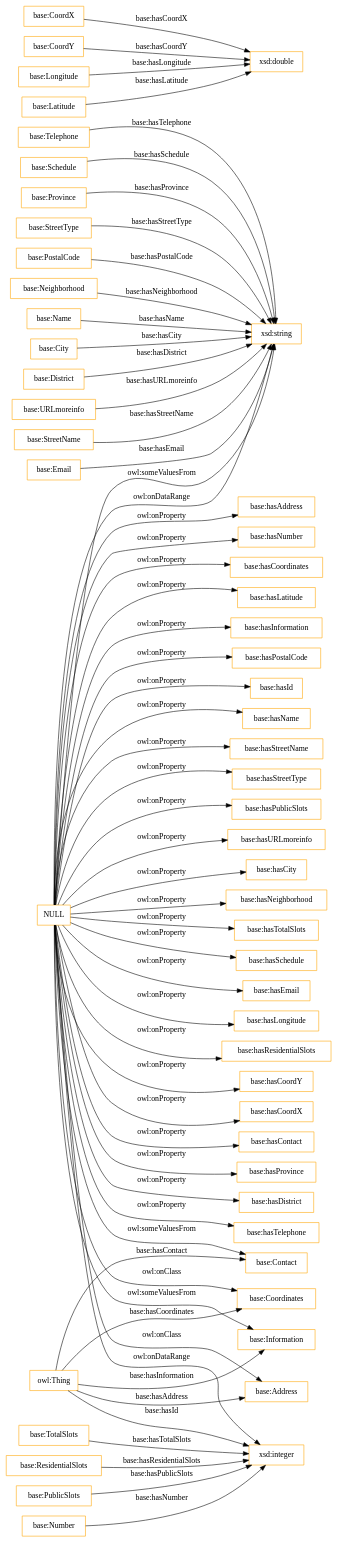
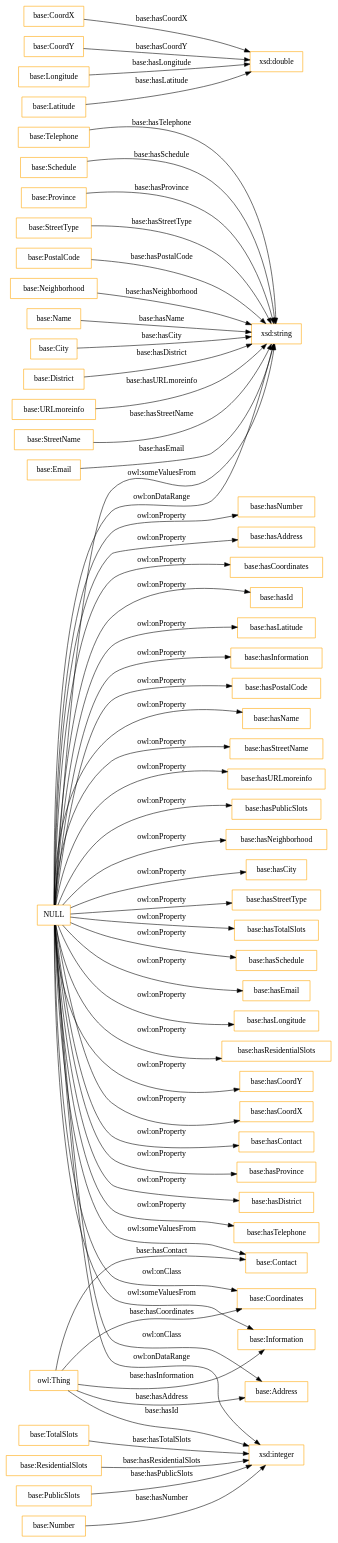
One commit to adrix1341/Curso2020-2021 changed the diagram in OnToology/HandsOn/Group02/ontology/ontology.ttl/diagrams/ar2dtool-class/ontology.ttl.png.dot. Above: the diagram before and after it, drawn with Graphviz. The commit also changed other lines of this file and 2 other files, not shown here.

```diff
--- a/OnToology/HandsOn/Group02/ontology/ontology.ttl/diagrams/ar2dtool-class/ontology.ttl.png.dot
+++ b/OnToology/HandsOn/Group02/ontology/ontology.ttl/diagrams/ar2dtool-class/ontology.ttl.png.dot
@@ -1,63 +1,63 @@
 digraph ar2dtool_diagram { 
 rankdir=LR;
 size="1501"
 node [shape = rectangle, color="orange"]; "base:Telephone" "base:Schedule" "base:Province" "base:StreetType" "base:CoordX" "base:PostalCode" "base:Contact" "base:Neighborhood" "base:Name" "base:City" "base:District" "base:CoordY" "base:TotalSlots" "base:URLmoreinfo" "base:Address" "base:ResidentialSlots" "base:StreetName" "base:PublicSlots" "base:Coordinates" "base:Email" "base:Number" "base:Longitude" "base:Information" "base:Latitude" ; /*classes style*/
 	"NULL" -> "base:hasResidentialSlots" [ label = "owl:onProperty" ];
 	"NULL" -> "base:hasCoordY" [ label = "owl:onProperty" ];
 	"NULL" -> "xsd:string" [ label = "owl:someValuesFrom" ];
 	"NULL" -> "base:hasCoordX" [ label = "owl:onProperty" ];
 	"NULL" -> "base:hasContact" [ label = "owl:onProperty" ];
 	"NULL" -> "base:hasProvince" [ label = "owl:onProperty" ];
 	"NULL" -> "xsd:integer" [ label = "owl:onDataRange" ];
 	"NULL" -> "base:hasDistrict" [ label = "owl:onProperty" ];
 	"NULL" -> "base:hasTelephone" [ label = "owl:onProperty" ];
 	"NULL" -> "base:Contact" [ label = "owl:someValuesFrom" ];
+	"NULL" -> "base:hasNumber" [ label = "owl:onProperty" ];
 	"NULL" -> "base:hasAddress" [ label = "owl:onProperty" ];
-	"NULL" -> "base:hasNumber" [ label = "owl:onProperty" ];
 	"NULL" -> "base:Coordinates" [ label = "owl:onClass" ];
 	"NULL" -> "base:hasCoordinates" [ label = "owl:onProperty" ];
+	"NULL" -> "base:hasId" [ label = "owl:onProperty" ];
 	"NULL" -> "base:hasLatitude" [ label = "owl:onProperty" ];
 	"NULL" -> "base:hasInformation" [ label = "owl:onProperty" ];
 	"NULL" -> "base:hasPostalCode" [ label = "owl:onProperty" ];
-	"NULL" -> "base:hasId" [ label = "owl:onProperty" ];
 	"NULL" -> "base:hasName" [ label = "owl:onProperty" ];
 	"NULL" -> "base:hasStreetName" [ label = "owl:onProperty" ];
-	"NULL" -> "base:hasStreetType" [ label = "owl:onProperty" ];
+	"NULL" -> "base:hasURLmoreinfo" [ label = "owl:onProperty" ];
 	"NULL" -> "base:hasPublicSlots" [ label = "owl:onProperty" ];
 	"NULL" -> "xsd:string" [ label = "owl:onDataRange" ];
-	"NULL" -> "base:hasURLmoreinfo" [ label = "owl:onProperty" ];
+	"NULL" -> "base:hasNeighborhood" [ label = "owl:onProperty" ];
 	"NULL" -> "base:hasCity" [ label = "owl:onProperty" ];
-	"NULL" -> "base:hasNeighborhood" [ label = "owl:onProperty" ];
+	"NULL" -> "base:hasStreetType" [ label = "owl:onProperty" ];
 	"NULL" -> "base:hasTotalSlots" [ label = "owl:onProperty" ];
 	"NULL" -> "base:hasSchedule" [ label = "owl:onProperty" ];
 	"NULL" -> "base:hasEmail" [ label = "owl:onProperty" ];
 	"NULL" -> "base:Information" [ label = "owl:someValuesFrom" ];
 	"NULL" -> "base:Address" [ label = "owl:onClass" ];
 	"NULL" -> "base:hasLongitude" [ label = "owl:onProperty" ];
 	"owl:Thing" -> "base:Contact" [ label = "base:hasContact" ];
 	"base:TotalSlots" -> "xsd:integer" [ label = "base:hasTotalSlots" ];
 	"base:Name" -> "xsd:string" [ label = "base:hasName" ];
 	"base:Latitude" -> "xsd:double" [ label = "base:hasLatitude" ];
 	"base:Schedule" -> "xsd:string" [ label = "base:hasSchedule" ];
 	"base:Telephone" -> "xsd:string" [ label = "base:hasTelephone" ];
 	"owl:Thing" -> "xsd:integer" [ label = "base:hasId" ];
 	"base:ResidentialSlots" -> "xsd:integer" [ label = "base:hasResidentialSlots" ];
 	"base:StreetType" -> "xsd:string" [ label = "base:hasStreetType" ];
 	"base:Number" -> "xsd:integer" [ label = "base:hasNumber" ];
 	"base:City" -> "xsd:string" [ label = "base:hasCity" ];
 	"owl:Thing" -> "base:Information" [ label = "base:hasInformation" ];
 	"base:PublicSlots" -> "xsd:integer" [ label = "base:hasPublicSlots" ];
 	"base:StreetName" -> "xsd:string" [ label = "base:hasStreetName" ];
 	"owl:Thing" -> "base:Address" [ label = "base:hasAddress" ];
 	"base:Province" -> "xsd:string" [ label = "base:hasProvince" ];
 	"owl:Thing" -> "base:Coordinates" [ label = "base:hasCoordinates" ];
 	"base:Longitude" -> "xsd:double" [ label = "base:hasLongitude" ];
 	"base:CoordX" -> "xsd:double" [ label = "base:hasCoordX" ];
 	"base:CoordY" -> "xsd:double" [ label = "base:hasCoordY" ];
 	"base:District" -> "xsd:string" [ label = "base:hasDistrict" ];
 	"base:PostalCode" -> "xsd:string" [ label = "base:hasPostalCode" ];
 	"base:Email" -> "xsd:string" [ label = "base:hasEmail" ];
 	"base:Neighborhood" -> "xsd:string" [ label = "base:hasNeighborhood" ];
 	"base:URLmoreinfo" -> "xsd:string" [ label = "base:hasURLmoreinfo" ];
 
 }
```
